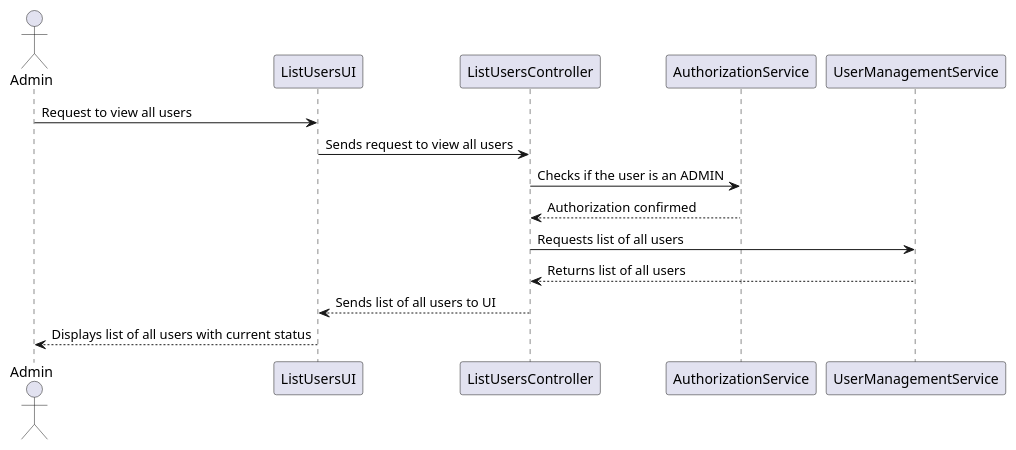
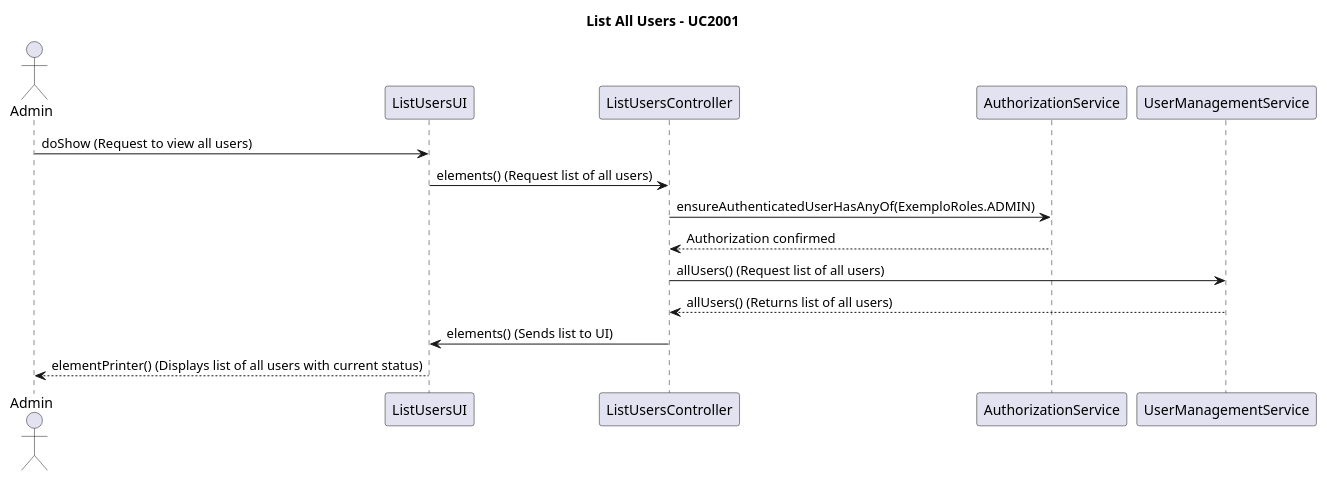
One commit to Mendoncaa/LAPR4 changed the diagram in docs/sprintB/US1000/03.design/puml/SD_List_Users.puml. Above: the diagram before and after it, drawn with PlantUML. The commit also changed 11 other files, not shown here.

```diff
--- a/docs/sprintB/US1000/03.design/puml/SD_List_Users.puml
+++ b/docs/sprintB/US1000/03.design/puml/SD_List_Users.puml
@@ -1,16 +1,30 @@
 @startuml
+title List All Users - UC2001
+
 actor Admin
+
 participant "ListUsersUI" as UI
 participant "ListUsersController" as LC
 participant "AuthorizationService" as Authz
 participant "UserManagementService" as UserSvc
 
-Admin -> UI: Request to view all users
-UI -> LC: Sends request to view all users
-LC -> Authz: Checks if the user is an ADMIN
+' Step 1: Admin requests to view all users
+Admin -> UI: doShow (Request to view all users)
+
+' Step 2: UI sends request to the controller
+UI -> LC: elements() (Request list of all users)
+
+' Step 3: Controller verifies authorization
+LC -> Authz: ensureAuthenticatedUserHasAnyOf(ExemploRoles.ADMIN)
 Authz --> LC: Authorization confirmed
-LC -> UserSvc: Requests list of all users
-UserSvc --> LC: Returns list of all users
-LC --> UI: Sends list of all users to UI
-UI --> Admin: Displays list of all users with current status
+
+' Step 4: Controller requests list of all users
+LC -> UserSvc: allUsers() (Request list of all users)
+UserSvc --> LC: allUsers() (Returns list of all users)
+
+' Step 5: Controller sends list of all users to UI
+LC -> UI: elements() (Sends list to UI)
+
+' Step 6: UI displays list of all users with current status
+UI --> Admin: elementPrinter() (Displays list of all users with current status)
 @enduml
```
